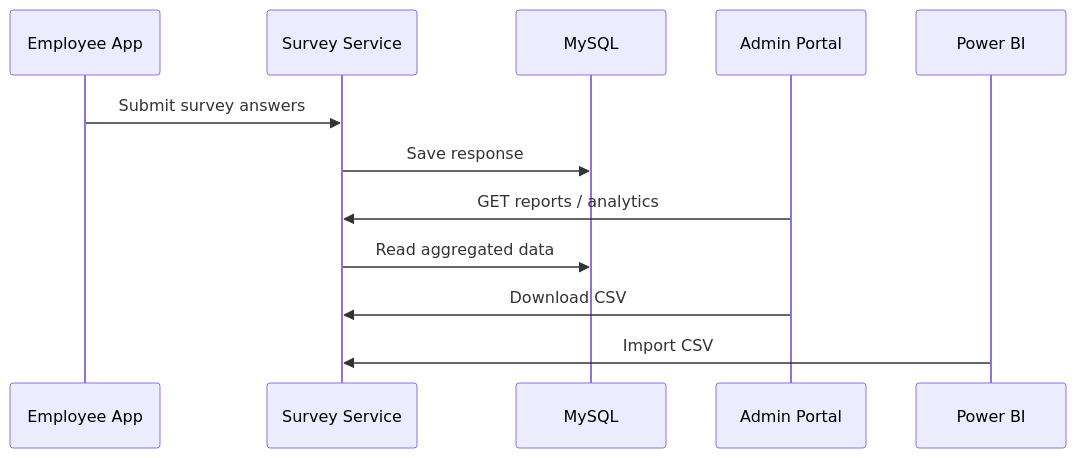
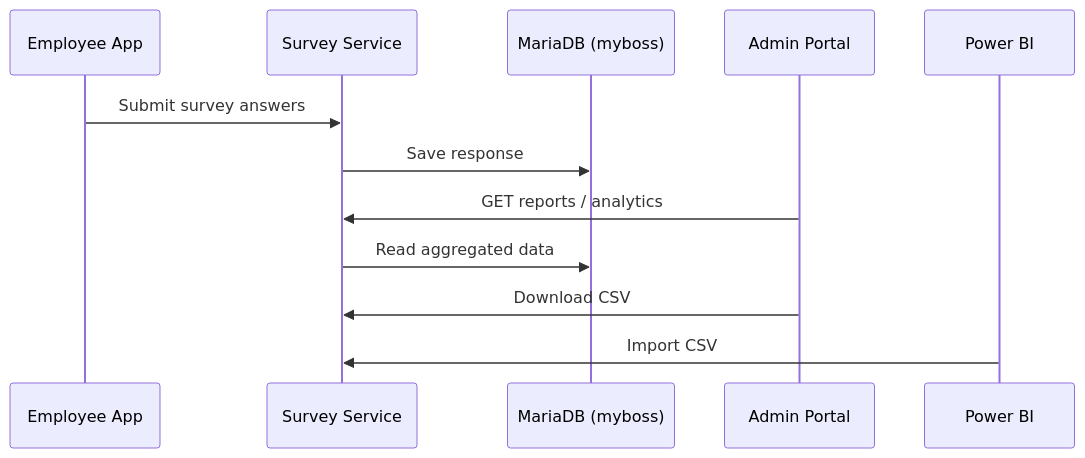
The fourth of 5 diagrams in docs/architecture/HLD.md (areejobaid17894-blip/myboss-platform), drawn with Mermaid before and after one commit. The commit also changed other lines of this file and 24 other files, not shown here.

First line of the commit message:
Document and provision unified myboss database schema.

````diff
--- a/docs/architecture/HLD.md
+++ b/docs/architecture/HLD.md
@@ -132,15 +133,15 @@
 ```mermaid
 sequenceDiagram
     participant E as Employee App
     participant S as Survey Service
-    participant D as MySQL
+    participant D as MariaDB (myboss)
     participant A as Admin Portal
     participant P as Power BI
 
     E->>S: Submit survey answers
     S->>D: Save response
     A->>S: GET reports / analytics
     S->>D: Read aggregated data
     A->>S: Download CSV
     P->>S: Import CSV
 ```
````
